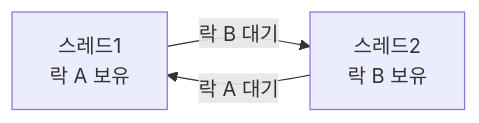
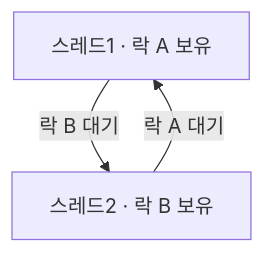
Before and after one commit to Byeongchan99/CS-Card: the third of 3 diagrams in summary-notes/운영체제.md, drawn with Mermaid. The commit also changed other lines of this file and 1 other file, not shown here.

First line of the commit message:
fix: 다이어그램 라벨 겹침 정리

````diff
--- a/summary-notes/운영체제.md
+++ b/summary-notes/운영체제.md
@@ -128,5 +129,5 @@
 ```mermaid
-flowchart LR
-    T1["스레드1<br/>락 A 보유"] -->|"락 B 대기"| T2["스레드2<br/>락 B 보유"]
+flowchart TB
+    T1["스레드1 · 락 A 보유"] -->|"락 B 대기"| T2["스레드2 · 락 B 보유"]
     T2 -->|"락 A 대기"| T1
 ```
````
